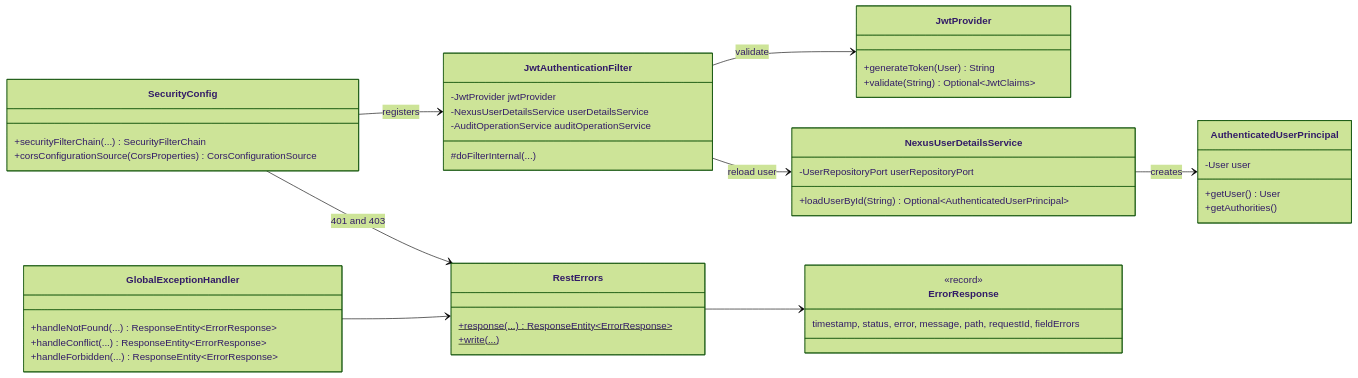
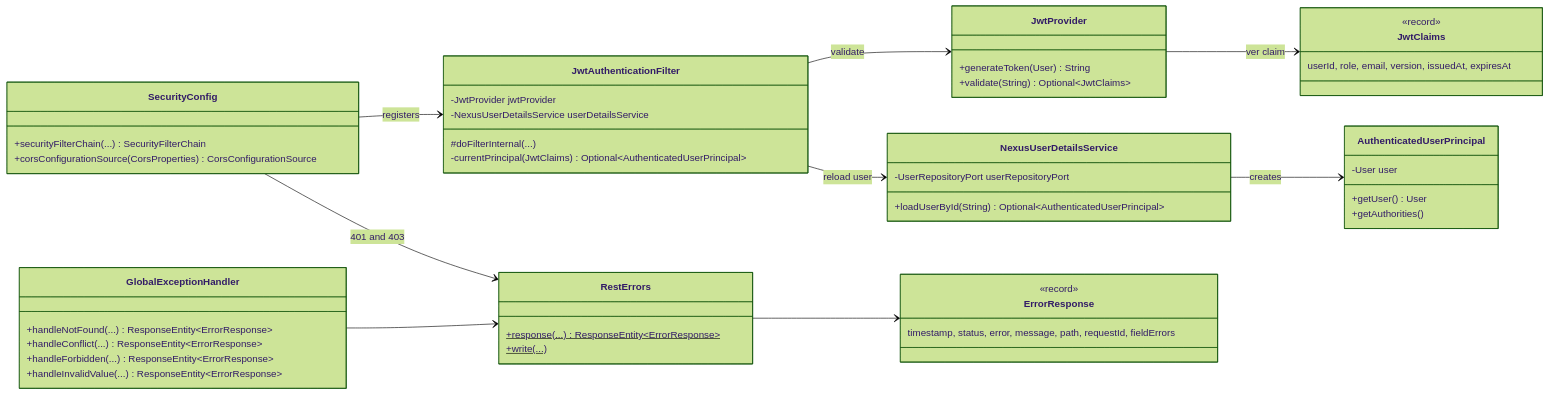
The second of 2 diagrams in SDD/C4/04-level-4-code.md (Spuerta18/Nexuss), drawn with Mermaid (forest theme) before and after one commit. The commit also changed other lines of this file and 34 other files, not shown here.

````diff
--- a/SDD/C4/04-level-4-code.md
+++ b/SDD/C4/04-level-4-code.md
@@ -106,49 +113,55 @@
 ```mermaid
 classDiagram
     direction LR
 
     class SecurityConfig {
         +securityFilterChain(...) SecurityFilterChain
         +corsConfigurationSource(CorsProperties) CorsConfigurationSource
     }
     class JwtAuthenticationFilter {
         -JwtProvider jwtProvider
         -NexusUserDetailsService userDetailsService
-        -AuditOperationService auditOperationService
         #doFilterInternal(...)
+        -currentPrincipal(JwtClaims) Optional~AuthenticatedUserPrincipal~
     }
     class JwtProvider {
         +generateToken(User) String
         +validate(String) Optional~JwtClaims~
+    }
+    class JwtClaims {
+        <<record>>
+        userId, role, email, version, issuedAt, expiresAt
     }
     class NexusUserDetailsService {
         -UserRepositoryPort userRepositoryPort
         +loadUserById(String) Optional~AuthenticatedUserPrincipal~
     }
     class AuthenticatedUserPrincipal {
         -User user
         +getUser() User
         +getAuthorities()
     }
     class GlobalExceptionHandler {
         +handleNotFound(...) ResponseEntity~ErrorResponse~
         +handleConflict(...) ResponseEntity~ErrorResponse~
         +handleForbidden(...) ResponseEntity~ErrorResponse~
+        +handleInvalidValue(...) ResponseEntity~ErrorResponse~
     }
     class RestErrors {
         +response(...)$ ResponseEntity~ErrorResponse~
         +write(...)$
     }
     class ErrorResponse {
         <<record>>
         timestamp, status, error, message, path, requestId, fieldErrors
     }
 
     SecurityConfig --> JwtAuthenticationFilter : registers
     SecurityConfig --> RestErrors : 401 and 403
     JwtAuthenticationFilter --> JwtProvider : validate
+    JwtProvider --> JwtClaims : ver claim
     JwtAuthenticationFilter --> NexusUserDetailsService : reload user
     NexusUserDetailsService --> AuthenticatedUserPrincipal : creates
     GlobalExceptionHandler --> RestErrors
     RestErrors --> ErrorResponse
 ```
````
